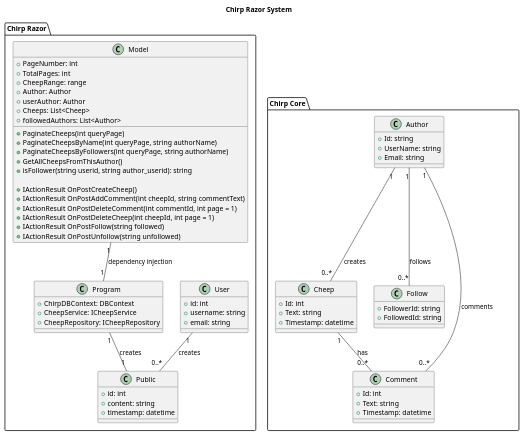
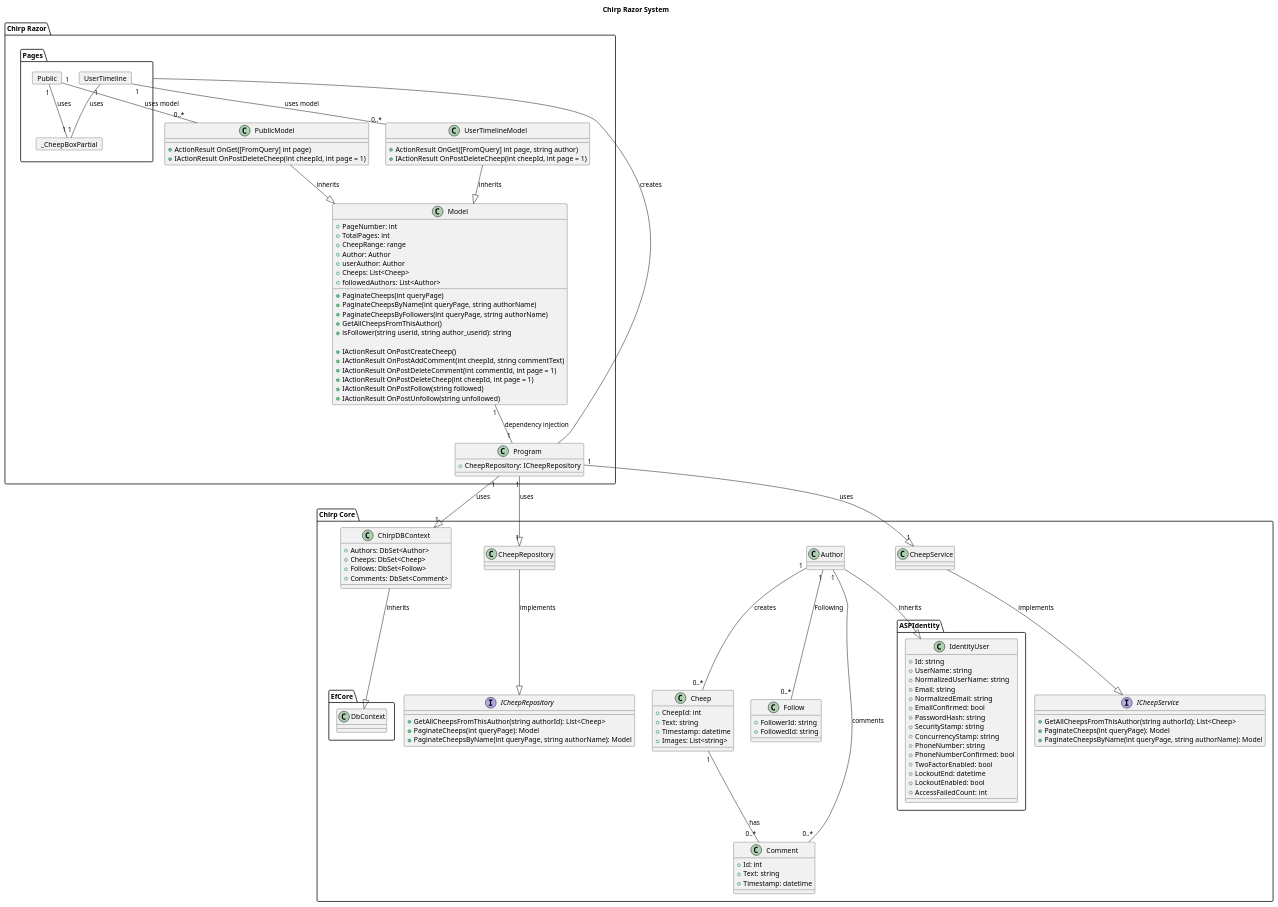
Before and after one commit to ITU-BDSA2024-GROUP9/Chirp: the diagram in umldiagram.plantuml, drawn with PlantUML.

Commit message:
updated uml diafragams

```diff
--- a/umldiagram.plantuml
+++ b/umldiagram.plantuml
@@ -1,81 +1,154 @@
 @startuml
 title Chirp Razor System
 
 package "Chirp Razor" {
-    class User {
-        +id: int
-        +username: string
-        +email: string
+
+    card Pages.Public {
+
+    }
+    
+    card Pages.UserTimeline {
+
     }
 
-    class Public {
-        +id: int
-        +content: string
-        +timestamp: datetime
+    card Pages._CheepBoxPartial{
+
     }
+
 
     class Model {
         +PageNumber: int
         +TotalPages: int
         +CheepRange: range
         +Author: Author
         +userAuthor: Author
         +Cheeps: List<Cheep>
         +followedAuthors: List<Author>
         +PaginateCheeps(int queryPage)
         +PaginateCheepsByName(int queryPage, string authorName)
         +PaginateCheepsByFollowers(int queryPage, string authorName)
         +GetAllCheepsFromThisAuthor()
         +isFollower(string userid, string author_userid): string
 
         +IActionResult OnPostCreateCheep()
         +IActionResult OnPostAddComment(int cheepId, string commentText)
         +IActionResult OnPostDeleteComment(int commentId, int page = 1)
         +IActionResult OnPostDeleteCheep(int cheepId, int page = 1)
         +IActionResult OnPostFollow(string followed)
         +IActionResult OnPostUnfollow(string unfollowed)
 
     }
 
+    class PublicModel {
+        +ActionResult OnGet([FromQuery] int page)
+        +IActionResult OnPostDeleteCheep(int cheepId, int page = 1)
+    }
+
+    class UserTimelineModel {
+        +ActionResult OnGet([FromQuery] int page, string author)
+        +IActionResult OnPostDeleteCheep(int cheepId, int page = 1)
+    }
+
     class Program {
-        +ChirpDBContext: DBContext
-        +CheepService: ICheepService
         +CheepRepository: ICheepRepository
     }
 
-    User "1" -- "0..*" Public : creates
-    Program "1" -- "1" Public : creates
+    
+    PublicModel --|> Model : inherits
+    UserTimelineModel --|> Model : inherits
+    Public "1" -- "1" _CheepBoxPartial : uses
+    Public "1" -- "0..*" PublicModel : uses model
+    UserTimeline "1" -- "1" _CheepBoxPartial : uses
+    UserTimeline "1" -- "0..*" UserTimelineModel : uses model
+    Program -- Pages : creates
     Model "1" -- "1" Program : dependency injection
+
 }
 
 package "Chirp Core" {
+    class ChirpDBContext {
+        +Authors: DbSet<Author>
+        +Cheeps: DbSet<Cheep>
+        +Follows: DbSet<Follow>
+        +Comments: DbSet<Comment>
+    }
+
+    interface ICheepService {
+        +GetAllCheepsFromThisAuthor(string authorId): List<Cheep>
+        +PaginateCheeps(int queryPage): Model
+        +PaginateCheepsByName(int queryPage, string authorName): Model
+    }
+
+    interface ICheepRepository {
+        +GetAllCheepsFromThisAuthor(string authorId): List<Cheep>
+        +PaginateCheeps(int queryPage): Model
+        +PaginateCheepsByName(int queryPage, string authorName): Model
+    }
+
     class Author {
-        +Id: string
-        +UserName: string
-        +Email: string
+
     }
 
     class Cheep {
-        +Id: int
+        +CheepId: int
         +Text: string
         +Timestamp: datetime
+        +Images: List<string>
     }
 
     class Follow {
         +FollowerId: string
         +FollowedId: string
     }
 
     class Comment {
         +Id: int
         +Text: string
         +Timestamp: datetime
     }
+    class CheepRepository {
 
+    }
+    class CheepService {
+
+    }
+
+    class ASPIdentity.IdentityUser {
+        +Id: string
+        +UserName: string
+        +NormalizedUserName: string
+        +Email: string
+        +NormalizedEmail: string
+        +EmailConfirmed: bool
+        +PasswordHash: string
+        +SecurityStamp: string
+        +ConcurrencyStamp: string
+        +PhoneNumber: string
+        +PhoneNumberConfirmed: bool
+        +TwoFactorEnabled: bool
+        +LockoutEnd: datetime
+        +LockoutEnabled: bool
+        +AccessFailedCount: int
+    }
+
+    class EfCore.DbContext {
+    }
+
+
+    Program "1" --|> "1" CheepRepository : uses
+    Program "1" --|> "1" CheepService : uses
+    Program "1" --|> "1" ChirpDBContext : uses
+
+
+    CheepRepository --|> ICheepRepository : implements
+    CheepService --|> ICheepService : implements
+    ChirpDBContext --|> DbContext : inherits
+    Author --|> IdentityUser : inherits
+    
     Author "1" -- "0..*" Cheep : creates
-    Author "1" -- "0..*" Follow : follows
+    Author "1" -- "0..*" Follow : Following
     Author "1" -- "0..*" Comment : comments
     Cheep "1" -- "0..*" Comment : has
 }
 
 @enduml
```
